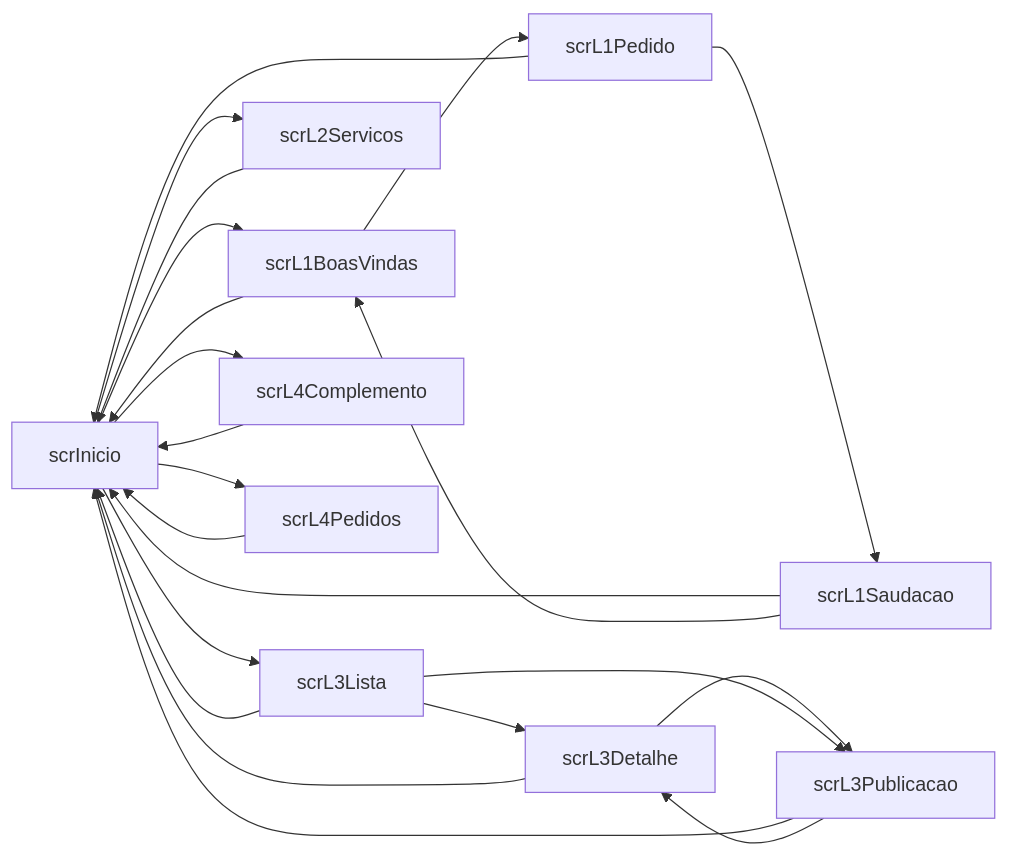
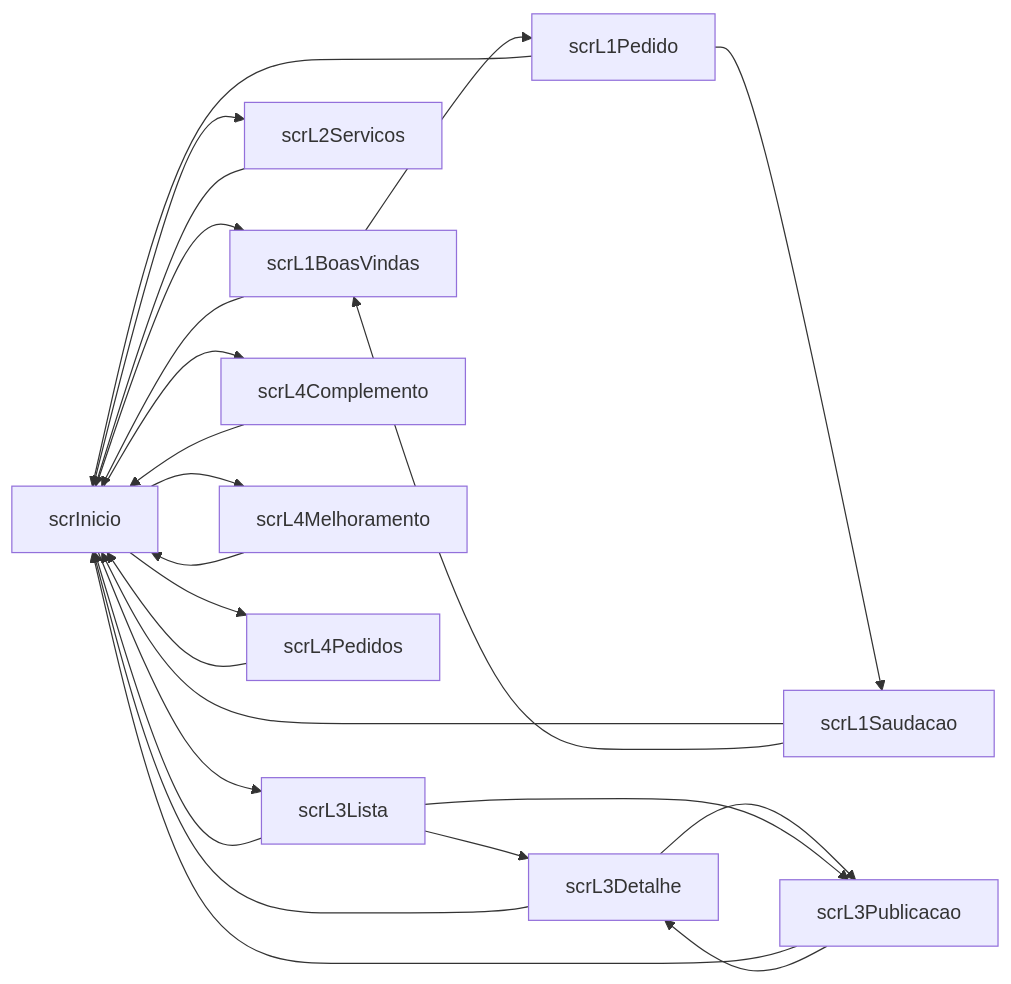
The diagram in docs/inventario.md (RiGuJeCaAb/DAC2627), drawn with Mermaid before and after one commit. The commit also changed other lines of this file and 11 other files, not shown here.

````diff
--- a/docs/inventario.md
+++ b/docs/inventario.md
@@ -9,24 +9,26 @@
 ```mermaid
 flowchart LR
   scrInicio --> scrL1BoasVindas
   scrInicio --> scrL2Servicos
   scrInicio --> scrL3Lista
   scrInicio --> scrL4Complemento
+  scrInicio --> scrL4Melhoramento
   scrInicio --> scrL4Pedidos
   scrL1BoasVindas --> scrInicio
   scrL1BoasVindas --> scrL1Pedido
   scrL1Pedido --> scrInicio
   scrL1Pedido --> scrL1Saudacao
   scrL1Saudacao --> scrInicio
   scrL1Saudacao --> scrL1BoasVindas
   scrL2Servicos --> scrInicio
   scrL3Detalhe --> scrInicio
   scrL3Detalhe --> scrL3Publicacao
   scrL3Lista --> scrInicio
   scrL3Lista --> scrL3Detalhe
   scrL3Lista --> scrL3Publicacao
   scrL3Publicacao --> scrInicio
   scrL3Publicacao --> scrL3Detalhe
   scrL4Complemento --> scrInicio
+  scrL4Melhoramento --> scrInicio
   scrL4Pedidos --> scrInicio
 ```
````
